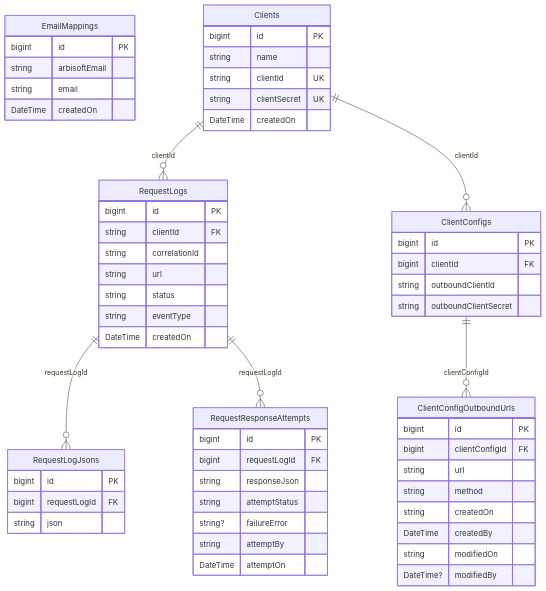
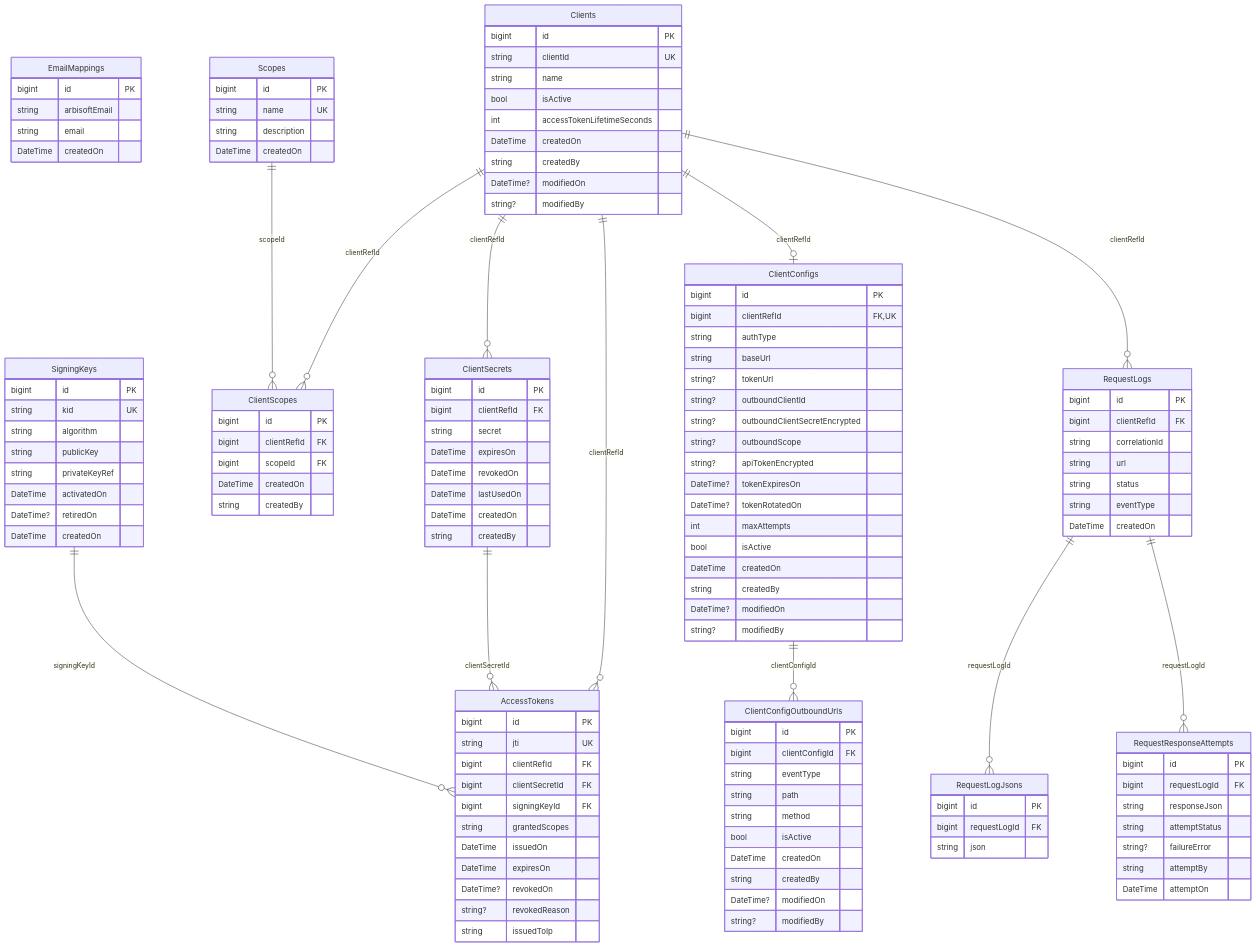
Before and after one commit to arbisoft/incubator-devlake: the second of 6 diagrams in integration-service-architecture-plan.md, drawn with Mermaid. The commit also changed other lines of this file, not shown here.

```diff
--- a/integration-service-architecture-plan.md
+++ b/integration-service-architecture-plan.md
@@ -63,33 +63,77 @@
 
     Clients {
         bigint id PK
+        string clientId UK
         string name
-        string clientId UK
-        string clientSecret UK
+        bool isActive
+        int accessTokenLifetimeSeconds
+        DateTime createdOn
+        string createdBy
+        DateTime? modifiedOn
+        string? modifiedBy 
+    }
+
+    ClientSecrets {
+        bigint id PK
+        bigint clientRefId FK
+        string secret
+        DateTime expiresOn 
+        DateTime revokedOn 
+        DateTime lastUsedOn 
+        DateTime createdOn
+        string createdBy
+    }
+
+    ClientScopes {
+        bigint id PK
+        bigint clientRefId FK 
+        bigint scopeId FK
+        DateTime createdOn
+        string createdBy
+    }
+
+    Scopes {
+        bigint id PK
+        string name UK
+        string description
         DateTime createdOn
     }
 
-    ClientConfigs {
+    SigningKeys {
         bigint id PK
-        bigint clientId FK
-        string outboundClientId
-        string outboundClientSecret
+        string kid UK
+        string algorithm
+        string publicKey
+        string privateKeyRef
+        DateTime activatedOn
+        DateTime? retiredOn
+        DateTime createdOn
     }
 
-    ClientConfigOutboundUrls {
+    AccessTokens {
         bigint id PK
-        bigint clientConfigId FK
-        string url
-        string method
-        string createdOn
-        DateTime createdBy
-        string modifiedOn
-        DateTime? modifiedBy
+        string jti UK
+        bigint clientRefId FK
+        bigint clientSecretId FK
+        bigint signingKeyId FK
+        string grantedScopes
+        DateTime issuedOn
+        DateTime expiresOn
+        DateTime? revokedOn
+        string? revokedReason
+        string issuedToIp
     }
+
+    Clients ||--o{ ClientSecrets : clientRefId
+    Clients ||--o{ ClientScopes : clientRefId
+    Scopes ||--o{ ClientScopes : scopeId
+    Clients ||--o{ AccessTokens : clientRefId
+    ClientSecrets ||--o{ AccessTokens : clientSecretId
+    SigningKeys ||--o{ AccessTokens : signingKeyId
 
     RequestLogs {
         bigint id PK
-        string clientId FK
+        bigint clientRefId FK
         string correlationId
         string url
         string status
@@ -113,10 +157,42 @@
         DateTime attemptOn
     }
 
+    ClientConfigs {
+        bigint id PK
+        bigint clientRefId FK, UK 
+        string authType
+        string baseUrl
+        string? tokenUrl
+        string? outboundClientId
+        string? outboundClientSecretEncrypted 
+        string? outboundScope
+        string? apiTokenEncrypted
+        DateTime? tokenExpiresOn
+        DateTime? tokenRotatedOn
+        int maxAttempts
+        bool isActive
+        DateTime createdOn
+        string createdBy
+        DateTime? modifiedOn
+        string? modifiedBy
+    }
 
-    Clients ||--o{ RequestLogs : clientId
-    Clients ||--o{ ClientConfigs : clientId
+    ClientConfigOutboundUrls {
+        bigint id PK
+        bigint clientConfigId FK
+        string eventType
+        string path 
+        string method 
+        bool isActive
+        DateTime createdOn
+        string createdBy
+        DateTime? modifiedOn 
+        string? modifiedBy 
+    }
+
+    Clients ||--o| ClientConfigs : clientRefId
     ClientConfigs ||--o{ ClientConfigOutboundUrls : clientConfigId
+    Clients ||--o{ RequestLogs: clientRefId
     RequestLogs ||--o{ RequestLogJsons : requestLogId
     RequestLogs ||--o{ RequestResponseAttempts : requestLogId
 
```
